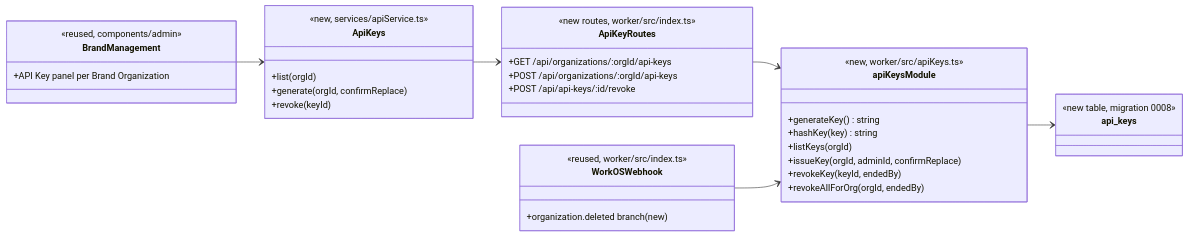
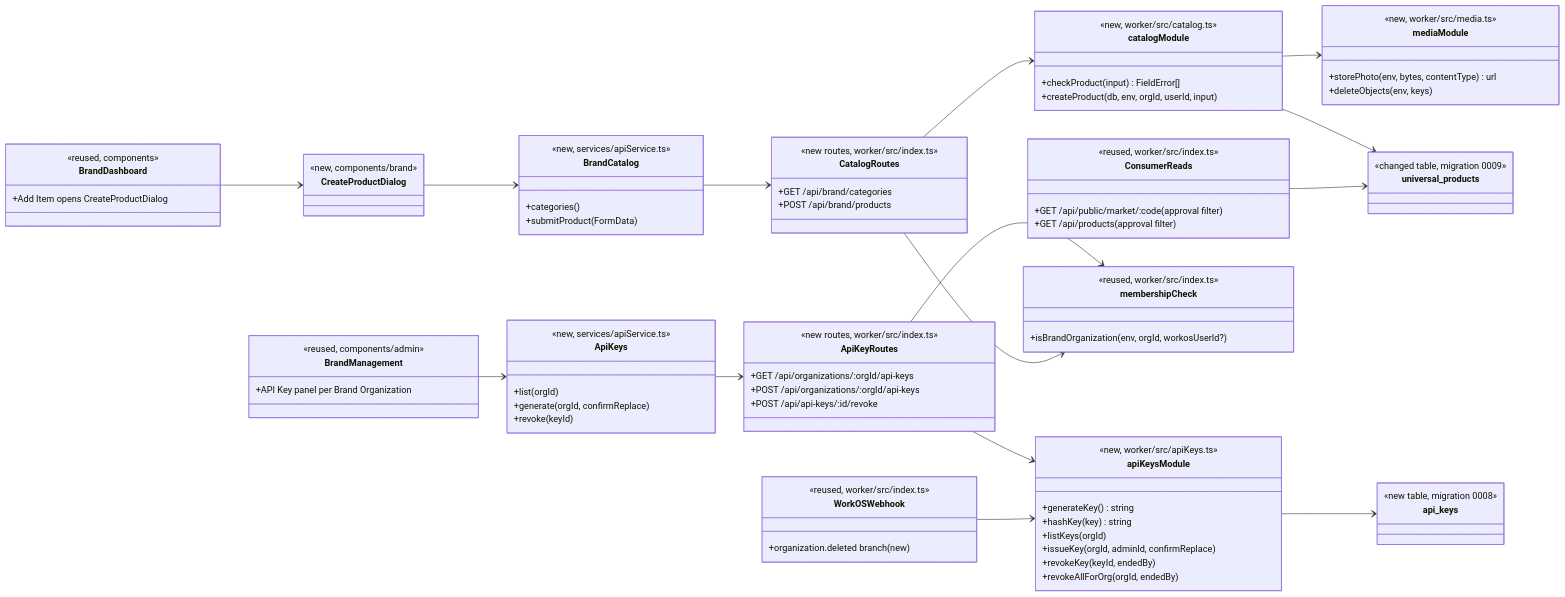
One commit to gkuchar/cosc-40943-team-11-market-match changed the first of 4 diagrams in docs/design/brnd.md. Above: the diagram before and after it, drawn with Mermaid. The commit also changed other lines of this file and 4 other files, not shown here.

First line of the commit message:
Design UC-BRND-create-product

````diff
--- a/docs/design/brnd.md
+++ b/docs/design/brnd.md
@@ -79,9 +79,57 @@
     class api_keys {
         <<new table, migration 0008>>
     }
+    class BrandDashboard {
+        <<reused, components>>
+        +Add Item opens CreateProductDialog
+    }
+    class CreateProductDialog {
+        <<new, components/brand>>
+    }
+    class BrandCatalog {
+        <<new, services/apiService.ts>>
+        +categories()
+        +submitProduct(FormData)
+    }
+    class CatalogRoutes {
+        <<new routes, worker/src/index.ts>>
+        +GET /api/brand/categories
+        +POST /api/brand/products
+    }
+    class ConsumerReads {
+        <<reused, worker/src/index.ts>>
+        +GET /api/public/market/:code (approval filter)
+        +GET /api/products (approval filter)
+    }
+    class membershipCheck {
+        <<reused, worker/src/index.ts>>
+        +isBrandOrganization(env, orgId, workosUserId?)
+    }
+    class catalogModule {
+        <<new, worker/src/catalog.ts>>
+        +checkProduct(input) FieldError[]
+        +createProduct(db, env, orgId, userId, input)
+    }
+    class mediaModule {
+        <<new, worker/src/media.ts>>
+        +storePhoto(env, bytes, contentType) url
+        +deleteObjects(env, keys)
+    }
+    class universal_products {
+        <<changed table, migration 0009>>
+    }
     BrandManagement --> ApiKeys
     ApiKeys --> ApiKeyRoutes
     ApiKeyRoutes --> apiKeysModule
+    ApiKeyRoutes --> membershipCheck
     WorkOSWebhook --> apiKeysModule
     apiKeysModule --> api_keys
+    BrandDashboard --> CreateProductDialog
+    CreateProductDialog --> BrandCatalog
+    BrandCatalog --> CatalogRoutes
+    CatalogRoutes --> membershipCheck
+    CatalogRoutes --> catalogModule
+    catalogModule --> mediaModule
+    catalogModule --> universal_products
+    ConsumerReads --> universal_products
 ```
````
